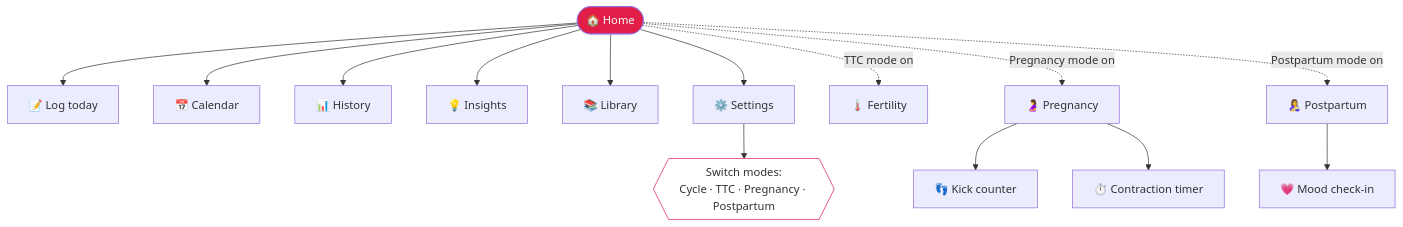
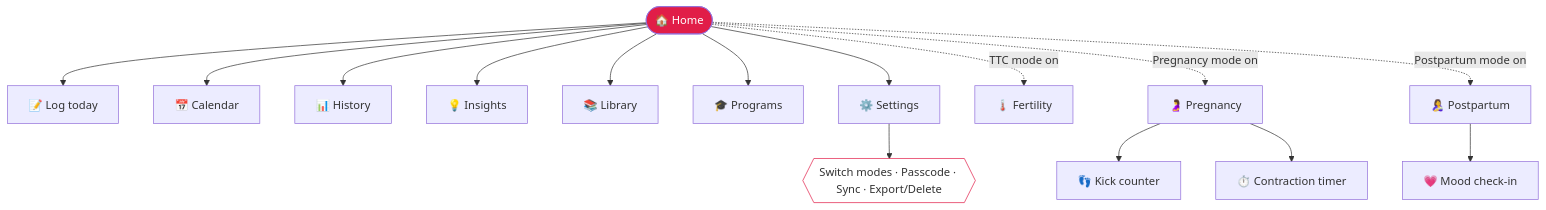
Before and after one commit to deepakpk-dev/lumen: the first of 5 diagrams in docs/USER_GUIDE.md, drawn with Mermaid. The commit also changed other lines of this file, not shown here.

First line of the commit message:
docs(user-guide): bring guide current with encryption + sync

````diff
--- a/docs/USER_GUIDE.md
+++ b/docs/USER_GUIDE.md
@@ -48,19 +52,20 @@
 ```mermaid
 flowchart TD
     H(["🏠 Home"]) --> L["📝 Log today"]
     H --> C["📅 Calendar"]
     H --> Y["📊 History"]
     H --> I["💡 Insights"]
     H --> B["📚 Library"]
+    H --> PR["🎓 Programs"]
     H --> S["⚙️ Settings"]
     H -. "TTC mode on" .-> F["🌡️ Fertility"]
     H -. "Pregnancy mode on" .-> P["🤰 Pregnancy"]
     H -. "Postpartum mode on" .-> PP["🤱 Postpartum"]
     P --> K["👣 Kick counter"]
     P --> T["⏱️ Contraction timer"]
     PP --> E["💗 Mood check-in"]
-    S --> M{{"Switch modes:<br/>Cycle · TTC · Pregnancy · Postpartum"}}
+    S --> M{{"Switch modes · Passcode · Sync · Export/Delete"}}
 
     style H fill:#e11d48,color:#fff
     style M fill:#fff,stroke:#e11d48
 ```
````
